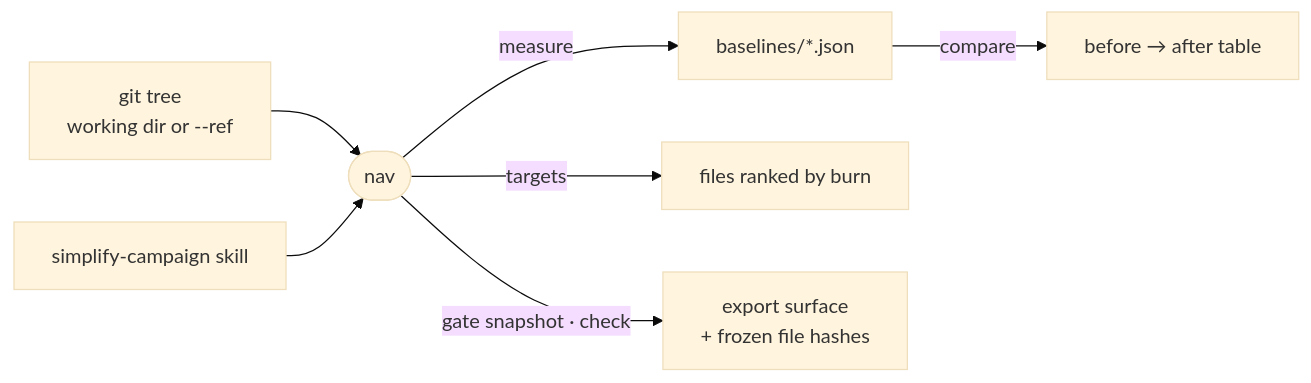
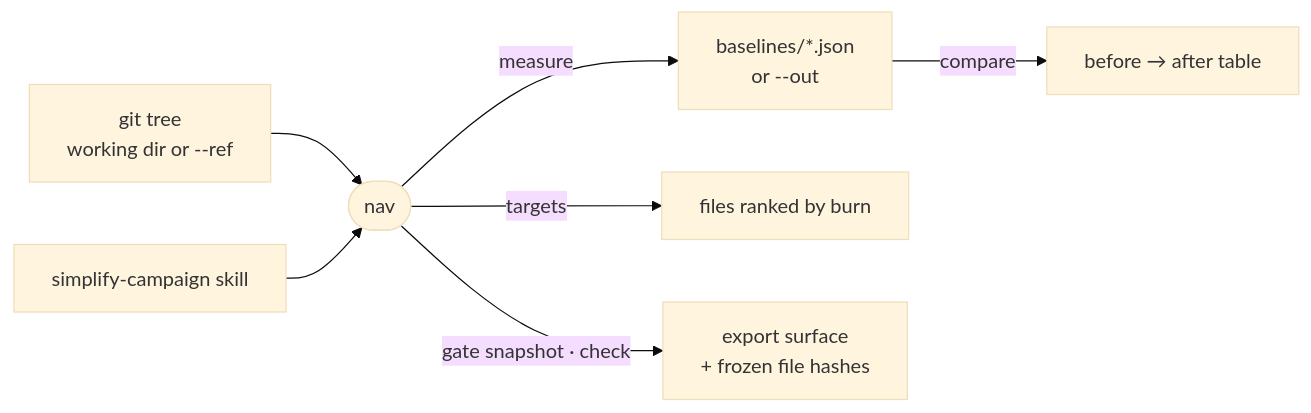
One commit to intentic/intentic changed the diagram in _tools/nav/README.md. Above: the diagram before and after it, drawn with Mermaid (base theme). The commit also changed other lines of this file and 4266 other files, not shown here.

````diff
--- a/_tools/nav/README.md
+++ b/_tools/nav/README.md
@@ -5,9 +5,9 @@
 ```mermaid
 flowchart LR
     tree["git tree<br/>working dir or --ref"] --> nav(["nav"])
-    nav -->|"measure"| json["baselines/*.json"]
+    nav -->|"measure"| json["baselines/*.json<br/>or --out"]
     json -->|"compare"| delta["before → after table"]
     nav -->|"targets"| rank["files ranked by burn"]
     nav -->|"gate snapshot · check"| surface["export surface<br/>+ frozen file hashes"]
     skill["simplify-campaign skill"] --> nav
 ```
````
